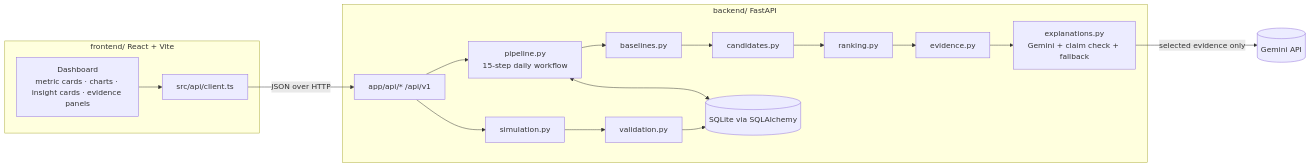
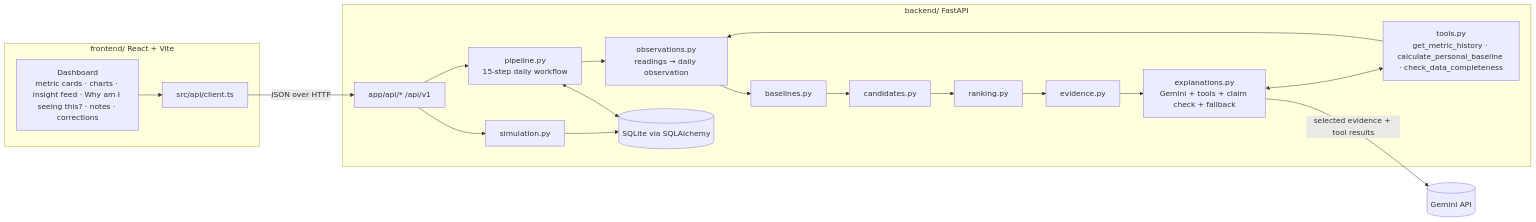
Before and after one commit to Aurialedge/LunaPulse: the diagram in ARCHITECTURE.md, drawn with Mermaid. The commit also changed other lines of this file and 5 other files, not shown here.

````diff
--- a/ARCHITECTURE.md
+++ b/ARCHITECTURE.md
@@ -5,28 +5,31 @@
 ```mermaid
 flowchart LR
   subgraph Frontend [frontend/ React + Vite]
-    UI[Dashboard<br/>metric cards · charts · insight cards · evidence panels]
+    UI[Dashboard<br/>metric cards · charts · insight feed · Why am I seeing this? · notes · corrections]
     API_CLIENT[src/api/client.ts]
     UI --> API_CLIENT
   end
 
   subgraph Backend [backend/ FastAPI]
     ROUTES[app/api/*  /api/v1]
     PIPE[pipeline.py<br/>15-step daily workflow]
     SIM[simulation.py]
-    VAL[validation.py]
+    OBS[observations.py<br/>readings → daily observation]
     BASE[baselines.py]
     CAND[candidates.py]
     RANK[ranking.py]
     EVID[evidence.py]
-    EXPL[explanations.py<br/>Gemini + claim check + fallback]
+    EXPL[explanations.py<br/>Gemini + tools + claim check + fallback]
+    TOOLS[tools.py<br/>get_metric_history · calculate_personal_baseline · check_data_completeness]
     DB[(SQLite via SQLAlchemy)]
-    ROUTES --> SIM --> VAL --> DB
+    ROUTES --> SIM --> DB
     ROUTES --> PIPE
-    PIPE --> BASE --> CAND --> RANK --> EVID --> EXPL
+    PIPE --> OBS --> BASE --> CAND --> RANK --> EVID --> EXPL
+    EXPL <--> TOOLS
+    TOOLS --> OBS
     PIPE <--> DB
   end
 
   API_CLIENT -- JSON over HTTP --> ROUTES
-  EXPL -- selected evidence only --> GEMINI[(Gemini API)]
+  EXPL -- selected evidence + tool results --> GEMINI[(Gemini API)]
 ```
````
